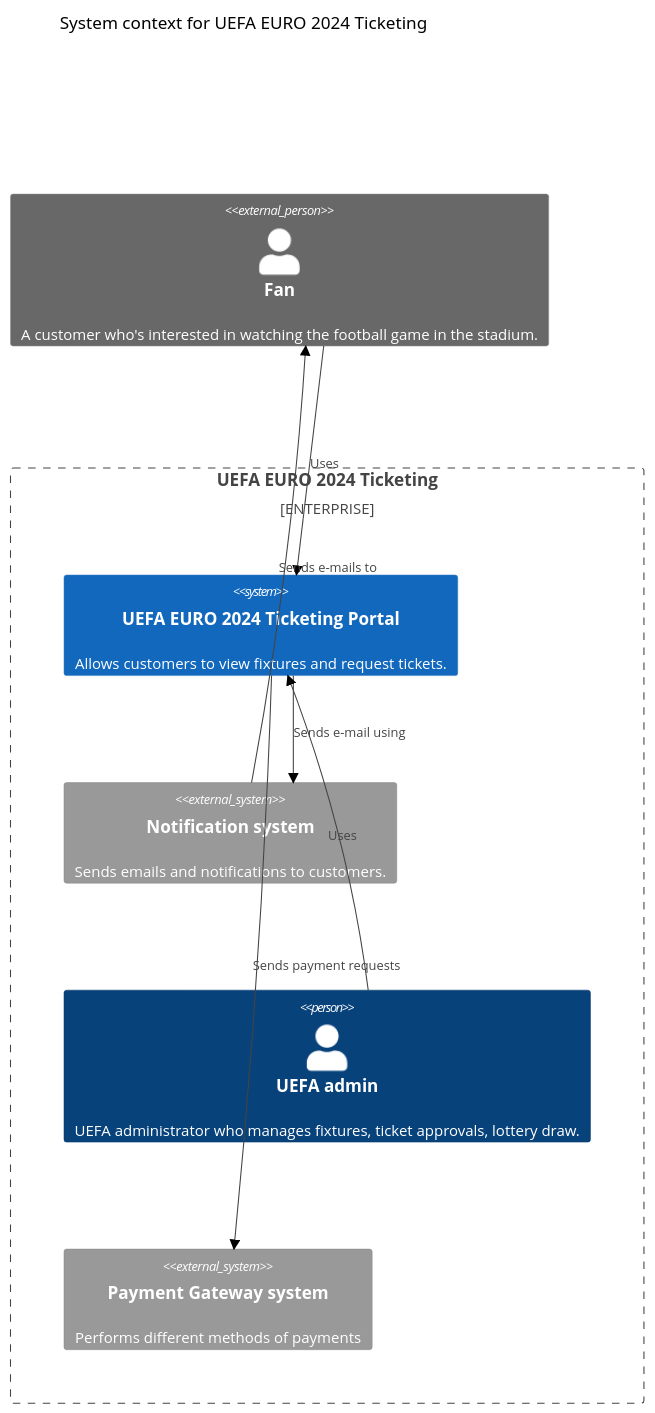
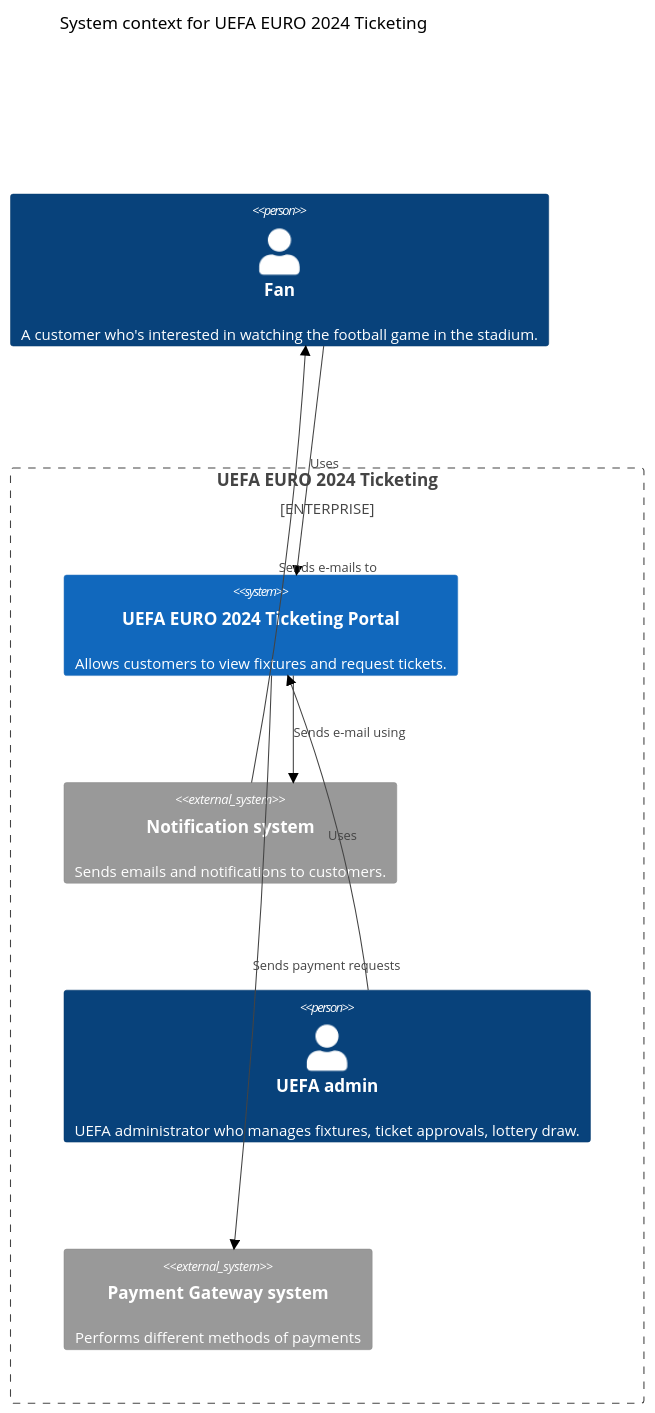
One commit to hosseinnassiri/architecture-kata-euro2024 changed the diagram in team_a/context.md. Above: the diagram before and after it, drawn with Mermaid (neutral theme). The commit also changed 2 other files, not shown here.

Commit message:
merged changes

````diff
--- a/team_a/context.md
+++ b/team_a/context.md
@@ -1,27 +1,27 @@
 ```mermaid
 C4Context
     title System context for UEFA EURO 2024 Ticketing
 
-    Person_Ext(customer, "Fan", "A customer who's interested in watching the football game in the stadium.")
+    Person(customer, "Fan", "A customer who's interested in watching the football game in the stadium.")
 
     Enterprise_Boundary(c0, "UEFA EURO 2024 Ticketing") {
         System(ticketing_portal, "UEFA EURO 2024 Ticketing Portal", "Allows customers to view fixtures and request tickets.")
-
         
         System_Ext(notification_system, "Notification system", "Sends emails and notifications to customers.")
+
         Person(uefa, "UEFA admin", "UEFA administrator who manages fixtures, ticket approvals, lottery draw.")
 
         System_Ext(payment_gateway, "Payment Gateway system", "Performs different methods of payments")
     }
 
     Rel_D(customer, ticketing_portal, "Uses")
     Rel_Back(customer, notification_system, "Sends e-mails to")
 
     Rel_D(ticketing_portal, notification_system, "Sends e-mail using")
     Rel_R(ticketing_portal, payment_gateway, "Sends payment requests")
 
     Rel_D(uefa, ticketing_portal, "Uses")
 
     UpdateLayoutConfig($c4ShapeInRow="2", $c4BoundaryInRow="1")
 
 ```
````
